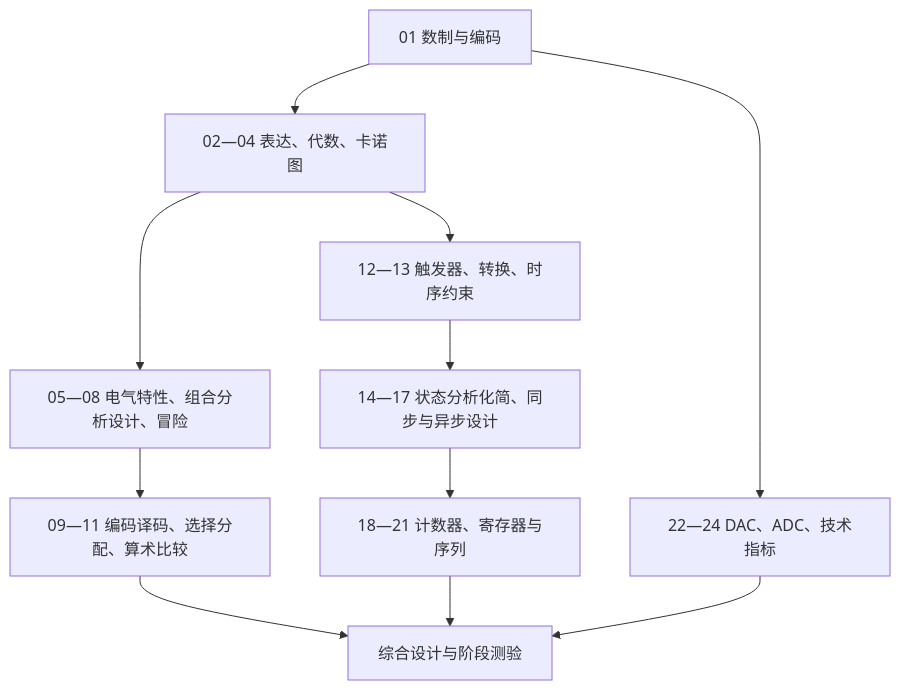
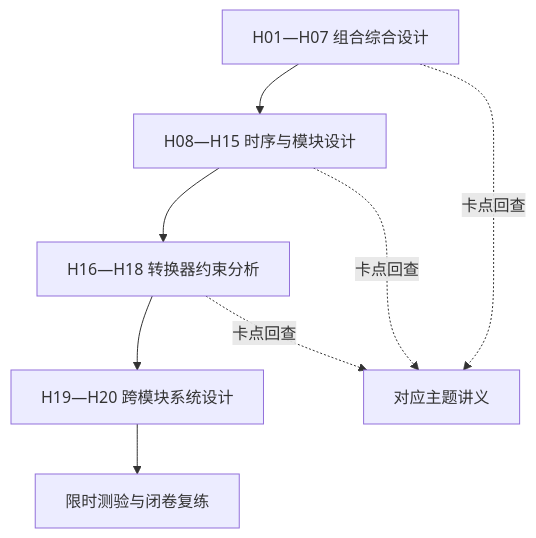
Before and after one commit to Player-ghq/obsidian: the diagram in Codex/projects/数电大师必修/00-学习规划/学习路线与考纲映射.md, drawn with Mermaid. The commit also changed other lines of this file and 55 other files, not shown here.

````diff
--- a/Codex/projects/数电大师必修/00-学习规划/学习路线与考纲映射.md
+++ b/Codex/projects/数电大师必修/00-学习规划/学习路线与考纲映射.md
@@ -5,13 +5,10 @@
 ```mermaid
 flowchart TD
- P[01 数制与编码] --> L[02—04 表达、代数、卡诺图]
- L --> C[05—08 电气特性、组合分析设计、冒险]
- C --> M[09—11 编码译码、选择分配、算术比较]
- L --> F[12—13 触发器、转换、时序约束]
- F --> S[14—17 状态分析化简、同步与异步设计]
- S --> T[18—21 计数器、寄存器与序列]
- P --> A[22—24 DAC、ADC、技术指标]
- M --> X[综合设计与阶段测验]
- T --> X
- A --> X
+ C[H01—H07 组合综合设计] --> S[H08—H15 时序与模块设计]
+ S --> A[H16—H18 转换器约束分析]
+ A --> X[H19—H20 跨模块系统设计]
+ C -. 卡点回查 .-> L[对应主题讲义]
+ S -. 卡点回查 .-> L
+ A -. 卡点回查 .-> L
+ X --> T[限时测验与闭卷复练]
 ```
````
